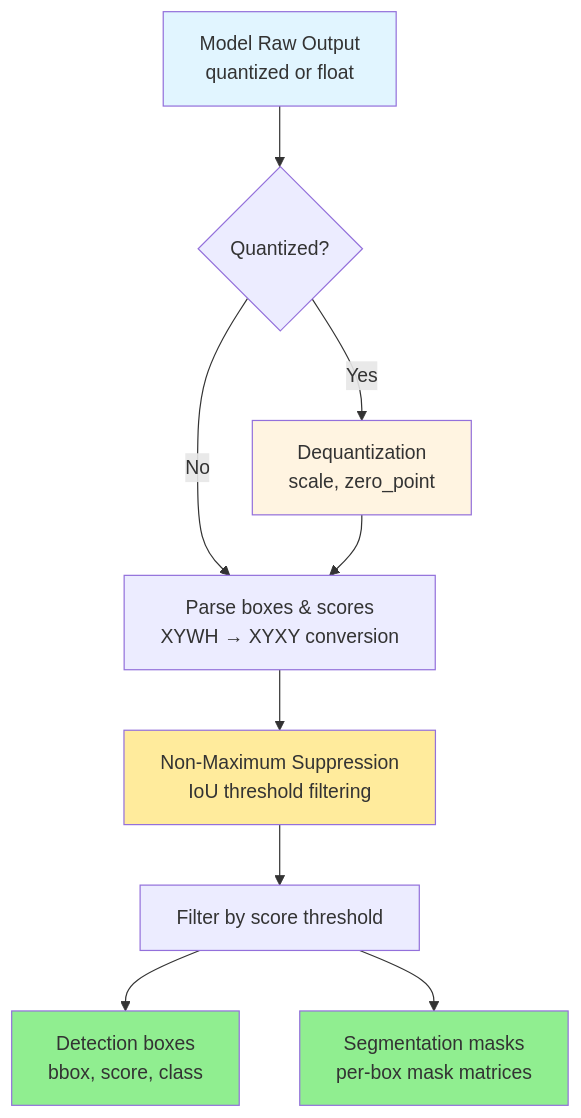
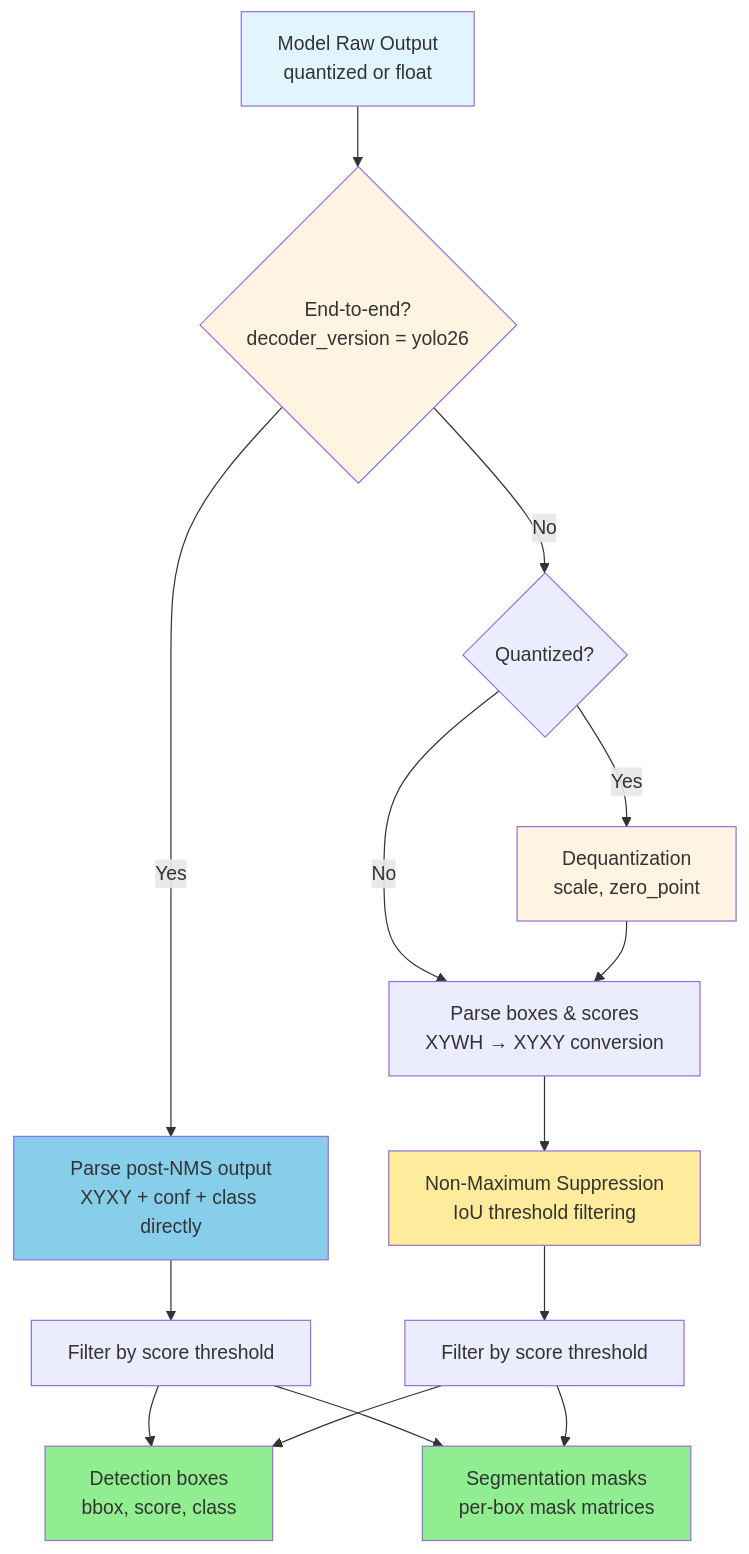
Before and after one commit to EdgeFirstAI/hal: the eighth of 12 diagrams in ARCHITECTURE.md, drawn with Mermaid. The commit also changed other lines of this file and 7 other files, not shown here.

````diff
--- a/ARCHITECTURE.md
+++ b/ARCHITECTURE.md
@@ -397,29 +440,41 @@
 ```mermaid
 flowchart TD
     Raw[Model Raw Output<br/>quantized or float]
-    
+    E2E{End-to-end?<br/>decoder_version = yolo26}
+
     Quant{Quantized?}
     Dequant[Dequantization<br/>scale, zero_point]
-    
+
     Parse[Parse boxes & scores<br/>XYWH → XYXY conversion]
     NMS[Non-Maximum Suppression<br/>IoU threshold filtering]
     Filter[Filter by score threshold]
-    
+
+    E2EParse[Parse post-NMS output<br/>XYXY + conf + class directly]
+    E2EFilter[Filter by score threshold]
+
     Det[Detection boxes<br/>bbox, score, class]
     Seg[Segmentation masks<br/>per-box mask matrices]
-    
-    Raw --> Quant
+
+    Raw --> E2E
+    E2E -->|Yes| E2EParse
+    E2EParse --> E2EFilter
+    E2EFilter --> Det
+    E2EFilter --> Seg
+
+    E2E -->|No| Quant
     Quant -->|Yes| Dequant
     Quant -->|No| Parse
     Dequant --> Parse
     Parse --> NMS
     NMS --> Filter
     Filter --> Det
     Filter --> Seg
-    
+
     style Raw fill:#e1f5ff
+    style E2E fill:#fff4e1
     style Dequant fill:#fff4e1
     style NMS fill:#ffeb9c
+    style E2EParse fill:#87ceeb
     style Det fill:#90ee90
     style Seg fill:#90ee90
 ```
````
